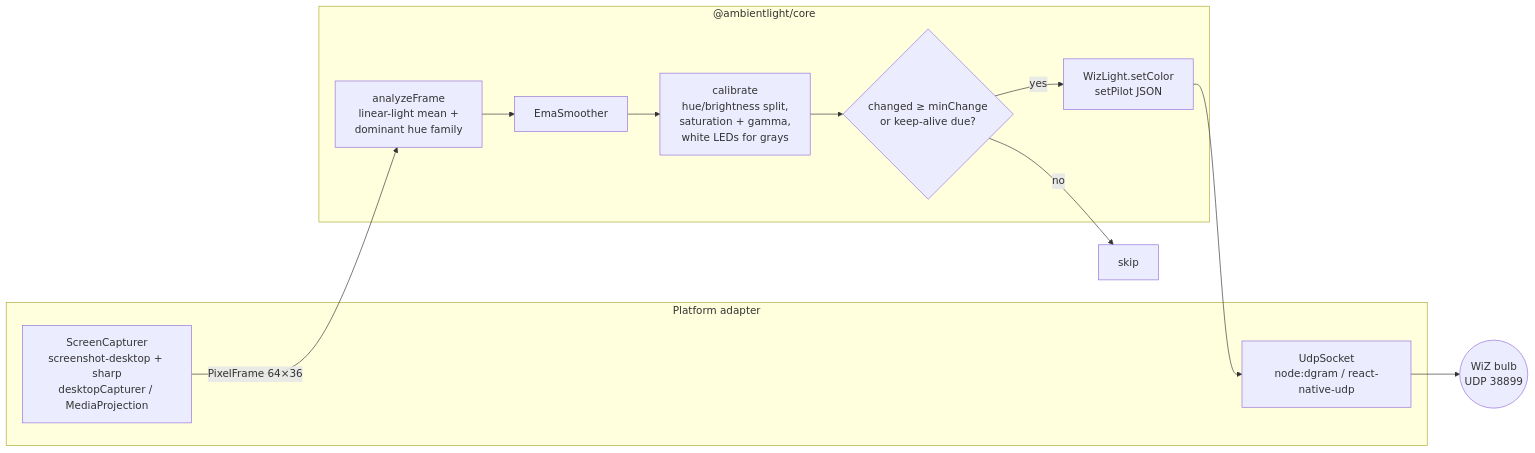
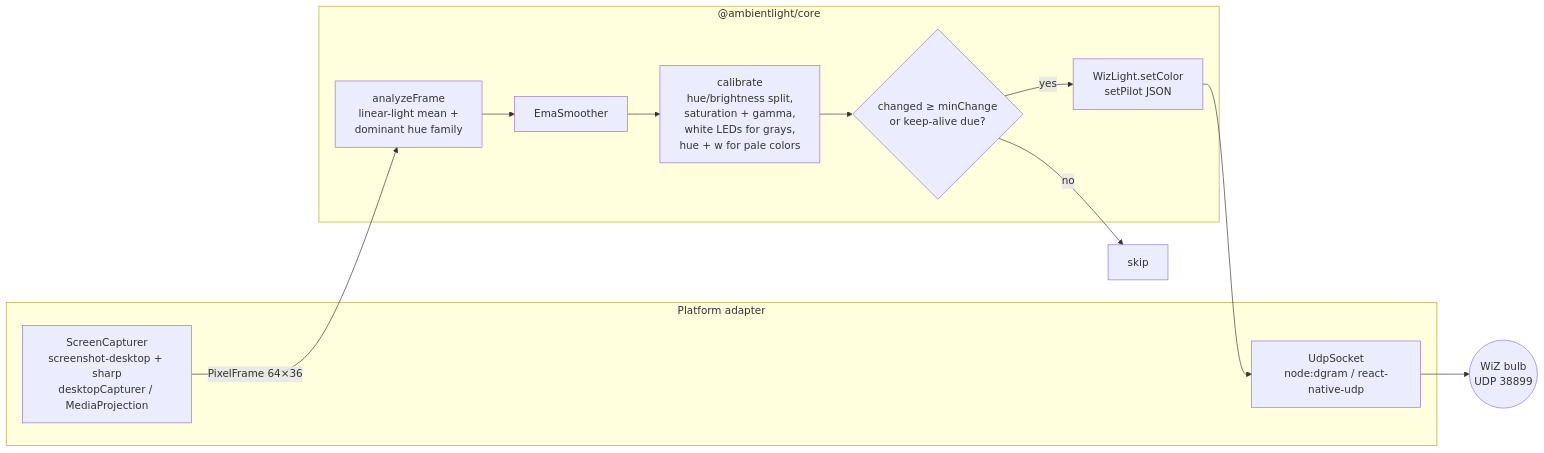
The diagram in docs/ARCHITECTURE.md (egaexplorer/AmbientLight), drawn with Mermaid before and after one commit. The commit also changed other lines of this file and 20 other files, not shown here.

````diff
--- a/docs/ARCHITECTURE.md
+++ b/docs/ARCHITECTURE.md
@@ -9,18 +9,18 @@
 ```mermaid
 flowchart LR
   subgraph Platform adapter
     CAP[ScreenCapturer<br/>screenshot-desktop + sharp<br/>desktopCapturer / MediaProjection]
     UDP[UdpSocket<br/>node:dgram / react-native-udp]
   end
   subgraph "@ambientlight/core"
     AVG[analyzeFrame<br/>linear-light mean +<br/>dominant hue family]
     EMA[EmaSmoother]
-    CAL[calibrate<br/>hue/brightness split,<br/>saturation + gamma,<br/>white LEDs for grays]
+    CAL[calibrate<br/>hue/brightness split,<br/>saturation + gamma,<br/>white LEDs for grays,<br/>hue + w for pale colors]
     GATE{changed ≥ minChange<br/>or keep-alive due?}
     WIZ[WizLight.setColor<br/>setPilot JSON]
   end
   BULB((WiZ bulb<br/>UDP 38899))
 
   CAP -->|PixelFrame 64×36| AVG --> EMA --> CAL --> GATE -->|yes| WIZ --> UDP --> BULB
   GATE -->|no| SKIP[skip]
 ```
````
